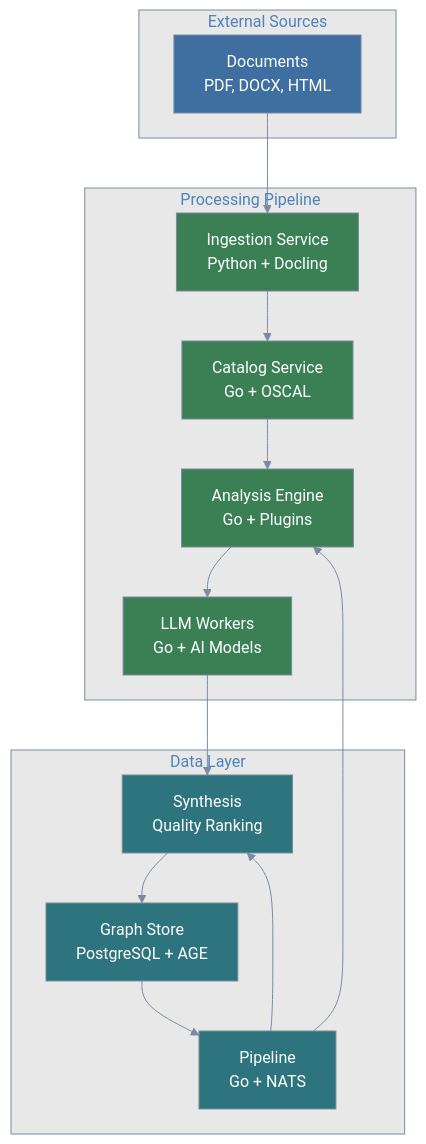
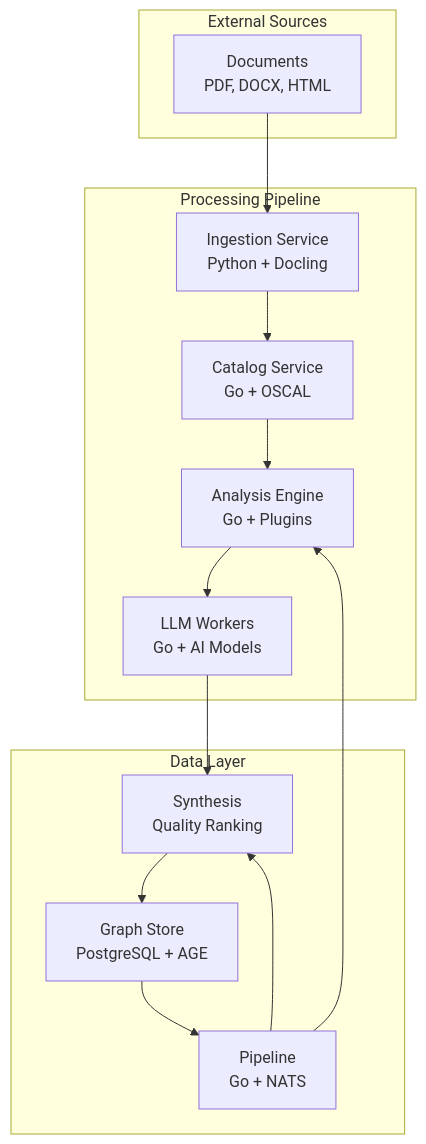
One commit to complytime-labs/crosscodex changed the diagram in README.md. Above: the diagram before and after it, drawn with Mermaid. The commit also changed other lines of this file and 13 other files, not shown here.

````diff
--- a/README.md
+++ b/README.md
@@ -74,50 +34,21 @@
 ```mermaid
-%%{init: {'theme': 'base', 'themeVariables': {
-  'primaryColor': '#3e6fa0',
-  'primaryTextColor': '#333333',
-  'primaryBorderColor': '#7c8ba1',
-  'lineColor': '#7c8ba1',
-  'edgeLabelBackground': '#f5f5f5',
-  'clusterBkg': '#e8e8e8',
-  'clusterBorder': '#7c8ba1',
-  'transitionColor': '#333333',
-  'transitionLabelColor': '#333333',
-  'stateLabelColor': '#333333',
-  'fontFamily': 'system-ui, sans-serif'
-}}}%%
 flowchart TD
     subgraph external ["External Sources"]
         docs["Documents<br/>PDF, DOCX, HTML"]
     end
-
     subgraph processing ["Processing Pipeline"]
         ingestion["Ingestion Service<br/>Python + Docling"]
         catalog["Catalog Service<br/>Go + OSCAL"]
         analysis["Analysis Engine<br/>Go + Plugins"]
         llm["LLM Workers<br/>Go + AI Models"]
     end
-
     subgraph datalayer ["Data Layer"]
         synthesis["Synthesis<br/>Quality Ranking"]
         graphdb["Graph Store<br/>PostgreSQL + AGE"]
         pipeline["Pipeline<br/>Go + NATS"]
     end
-
-    docs --> ingestion
-    ingestion --> catalog
-    catalog --> analysis
-    analysis --> llm
-    llm --> synthesis
-    synthesis --> graphdb
-    pipeline --> analysis
-    pipeline --> synthesis
+    docs --> ingestion --> catalog --> analysis --> llm
+    llm --> synthesis --> graphdb
+    pipeline --> analysis & synthesis
     graphdb --> pipeline
-
-    classDef sysA fill:#3e6fa0,color:#ffffff,stroke:#7c8ba1
-    classDef sysB fill:#3a8054,color:#ffffff,stroke:#7c8ba1
-    classDef sysC fill:#2d747e,color:#ffffff,stroke:#7c8ba1
-    class docs sysA
-    class ingestion,catalog,analysis,llm sysB
-    class synthesis,graphdb,pipeline sysC
-
 ```
````
